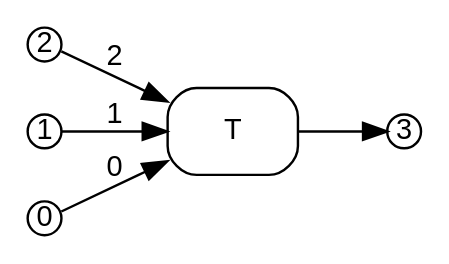
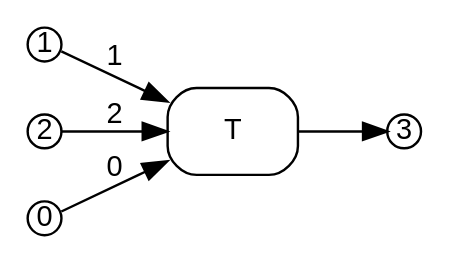
Before and after one commit to ammatsui/bhypvis: the diagram in crates/bhyp/images/test_copy_subst_commute/path2_shared_span_for_substitution_right.dot, drawn with Graphviz. The commit also changed other lines of this file and 738 other files, not shown here.

```diff
--- a/crates/bhyp/images/test_copy_subst_commute/path2_shared_span_for_substitution_right.dot
+++ b/crates/bhyp/images/test_copy_subst_commute/path2_shared_span_for_substitution_right.dot
@@ -1,24 +1,24 @@
 digraph path2_shared_span_for_substitution_right {
   fontname="Helvetica"
   fontsize=12
   rankdir=LR;
   node [fontname="Helvetica", fontsize=12];
   edge [fontname="Helvetica", fontsize=12];
 
   // Nodes
+  n1 [label="1", shape=circle, style=filled, fillcolor=white, color="black", width=0.2, height=0.2, fixedsize=true];
   n2 [label="2", shape=circle, style=filled, fillcolor=white, color="black", width=0.2, height=0.2, fixedsize=true];
-  n1 [label="1", shape=circle, style=filled, fillcolor=white, color="black", width=0.2, height=0.2, fixedsize=true];
   n0 [label="0", shape=circle, style=filled, fillcolor=white, color="black", width=0.2, height=0.2, fixedsize=true];
   n3 [label="3", shape=circle, style=filled, fillcolor=white, color="black", width=0.2, height=0.2, fixedsize=true];
 
   // Hyperedges
   e0 [label="T", shape=box, style=rounded, color="black"];
 
   // Source connections
   n0 -> e0 [label="0"];
   n1 -> e0 [label="1"];
   n2 -> e0 [label="2"];
 
   // Target connections
   e0 -> n3 [label=""];
 }
```
